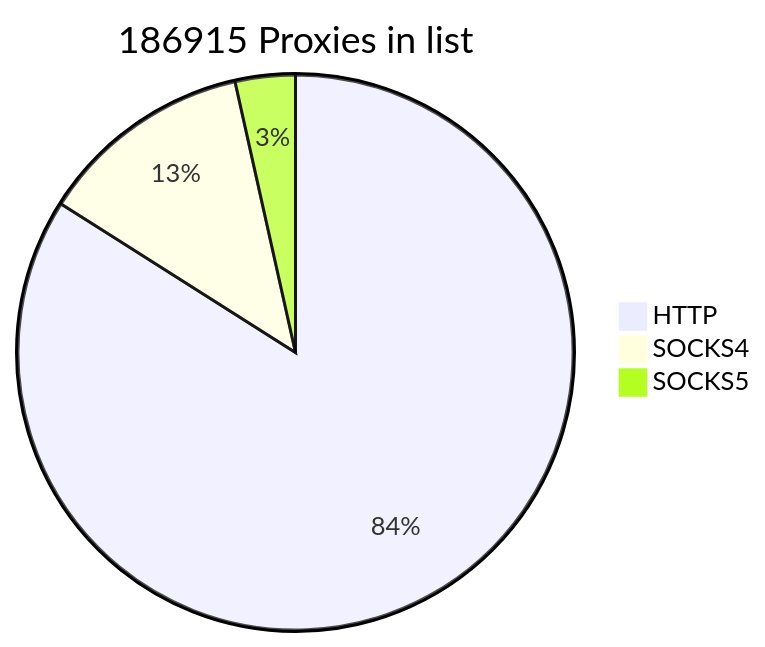
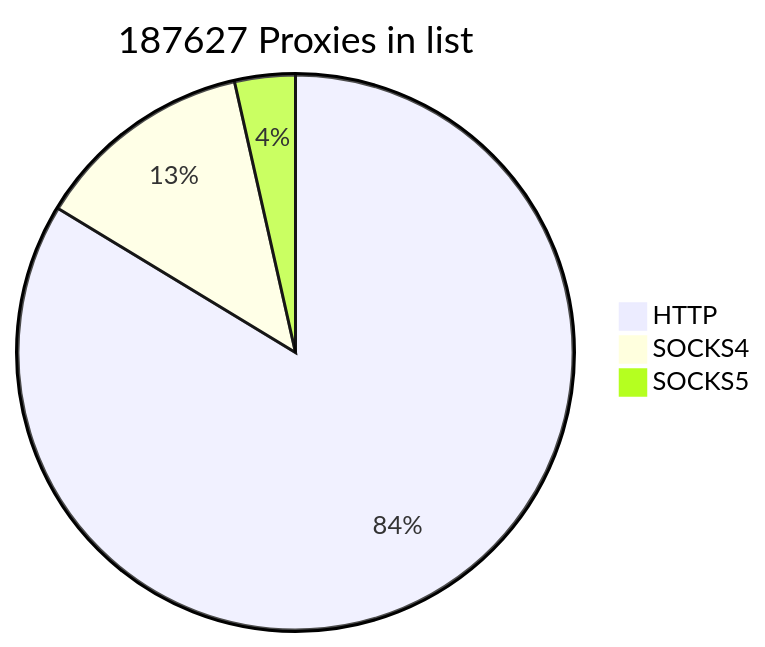
The first of 2 diagrams in README.md (cutipu/proxylist), drawn with Mermaid before and after one commit. The commit also changed other lines of this file, not shown here.

````diff
--- a/README.md
+++ b/README.md
@@ -2,7 +2,7 @@
 ```mermaid
-pie title 186915 Proxies in list
-    "HTTP" : 156995
-    "SOCKS4" : 23385
-    "SOCKS5" : 6535
+pie title 187627 Proxies in list
+    "HTTP" : 157001
+    "SOCKS4" : 24009
+    "SOCKS5" : 6617
             
 ```
````
